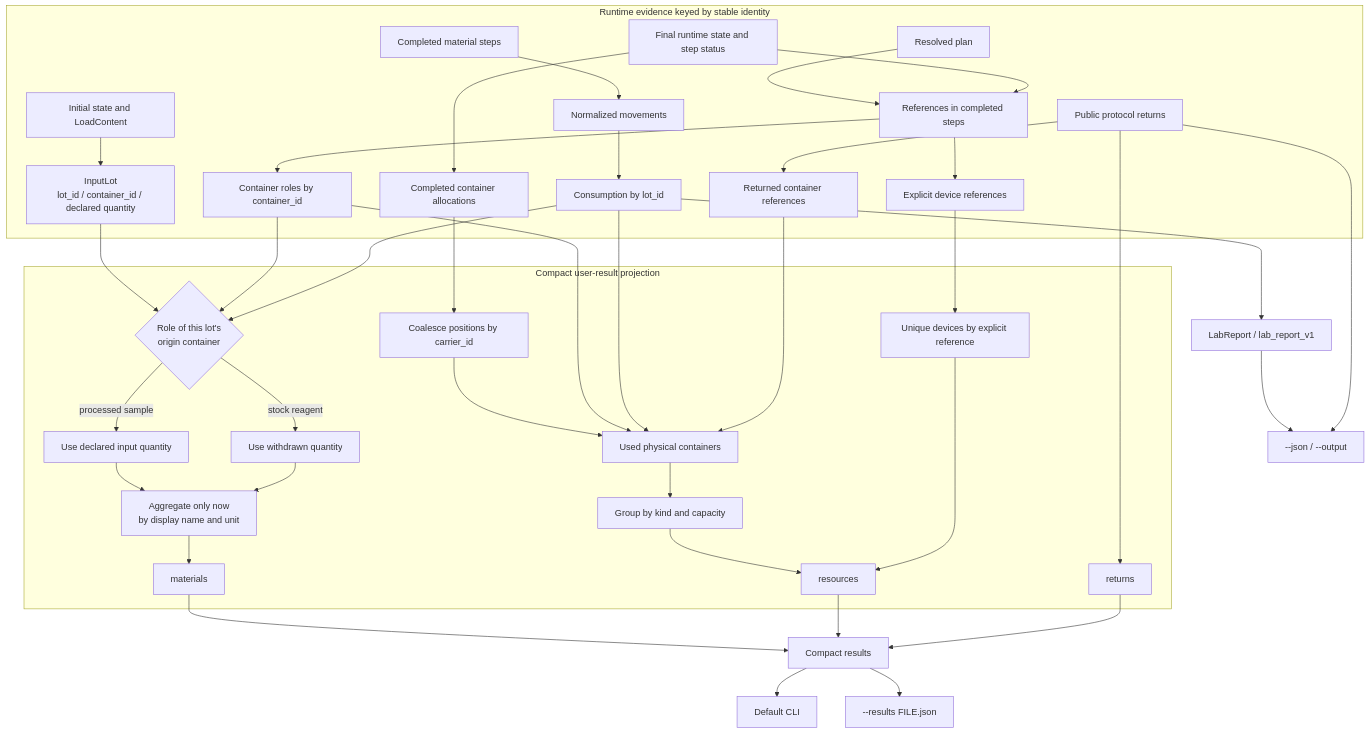
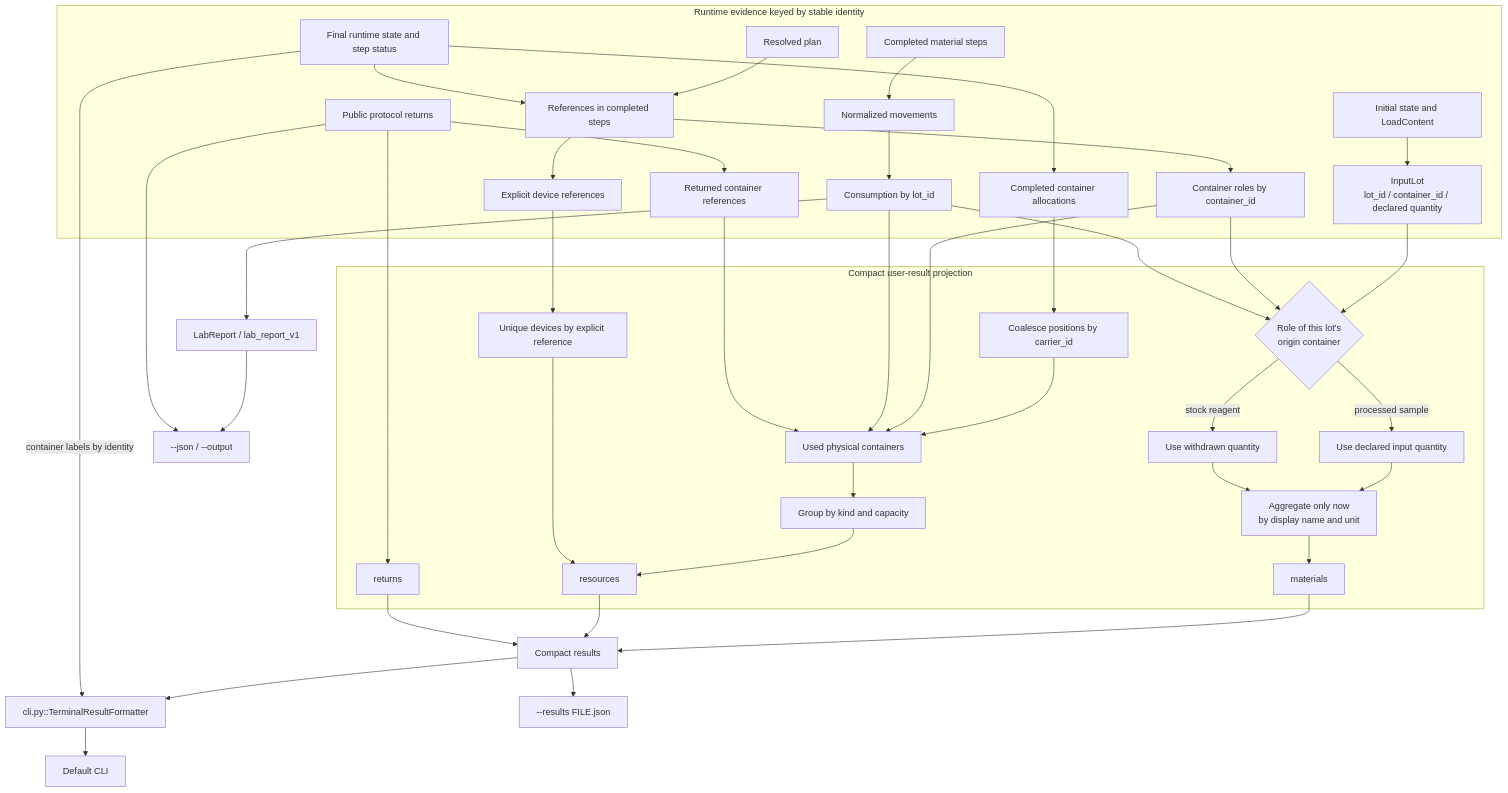
The tenth of 15 diagrams in docs/architecture/runtime_module_diagrams.md (culsma/culsma), drawn with Mermaid before and after one commit. The commit also changed other lines of this file and 5 other files, not shown here.

````diff
--- a/docs/architecture/runtime_module_diagrams.md
+++ b/docs/architecture/runtime_module_diagrams.md
@@ -672,44 +672,46 @@
 ```mermaid
 flowchart TB
     subgraph RuntimeEvidence[Runtime evidence keyed by stable identity]
         Loads[Initial state and LoadContent] --> Lots[InputLot<br/>lot_id / container_id / declared quantity]
         Steps[Completed material steps] --> Movements[Normalized movements]
         Movements --> Accounting[Consumption by lot_id]
         Plan[Resolved plan] --> CompletedRefs[References in completed steps]
         State[Final runtime state and step status] --> CompletedRefs
         CompletedRefs --> Roles[Container roles by container_id]
         CompletedRefs --> Devices[Explicit device references]
         State --> Allocations[Completed container allocations]
         Returns[Public protocol returns] --> ReturnedRefs[Returned container references]
     end
 
     subgraph UserProjection[Compact user-result projection]
         Lots --> Select{Role of this lot's<br/>origin container}
         Roles --> Select
         Accounting --> Select
         Select -->|processed sample| Declared[Use declared input quantity]
         Select -->|stock reagent| Withdrawn[Use withdrawn quantity]
         Declared --> Aggregate[Aggregate only now<br/>by display name and unit]
         Withdrawn --> Aggregate
         Allocations --> Carriers[Coalesce positions by carrier_id]
         Carriers --> UsedContainers[Used physical containers]
         Roles --> UsedContainers
         Accounting --> UsedContainers
         ReturnedRefs --> UsedContainers
         UsedContainers --> CapacityGroups[Group by kind and capacity]
         Devices --> DeviceRows[Unique devices by explicit reference]
         Aggregate --> Materials[materials]
         CapacityGroups --> Resources[resources]
         DeviceRows --> Resources
         Returns --> ReturnValues[returns]
     end
 
     Materials --> Compact[Compact results]
     Resources --> Compact
     ReturnValues --> Compact
-    Compact --> Console[Default CLI]
+    Compact --> Formatter["cli.py::TerminalResultFormatter"]
+    State -->|container labels by identity| Formatter
+    Formatter --> Console[Default CLI]
     Compact --> File[--results FILE.json]
     Accounting --> Report[LabReport / lab_report_v1]
     Report --> Legacy[--json / --output]
     Returns --> Legacy
 ```
````
